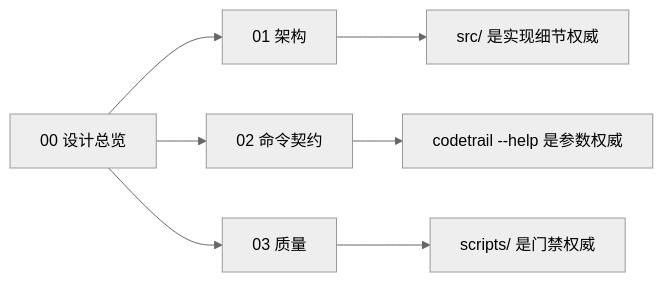
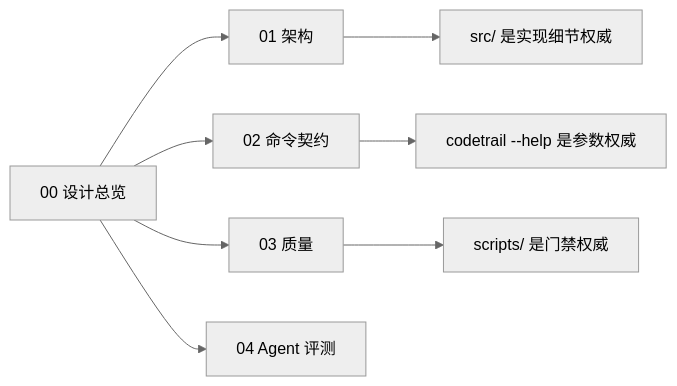
Before and after one commit to mars167/CodeTrail: the first of 2 diagrams in docs/00-design-summary.md, drawn with Mermaid (neutral theme). The commit also changed other lines of this file and 3 other files, not shown here.

````diff
--- a/docs/00-design-summary.md
+++ b/docs/00-design-summary.md
@@ -5,9 +5,10 @@
 ```mermaid
 flowchart LR
   S["00 设计总览"] --> A["01 架构"]
   S --> C["02 命令契约"]
   S --> Q["03 质量"]
+  S --> B["04 Agent 评测"]
   A --> SRC["src/ 是实现细节权威"]
   C --> HELP["codetrail --help 是参数权威"]
   Q --> SCRIPTS["scripts/ 是门禁权威"]
 ```
````
